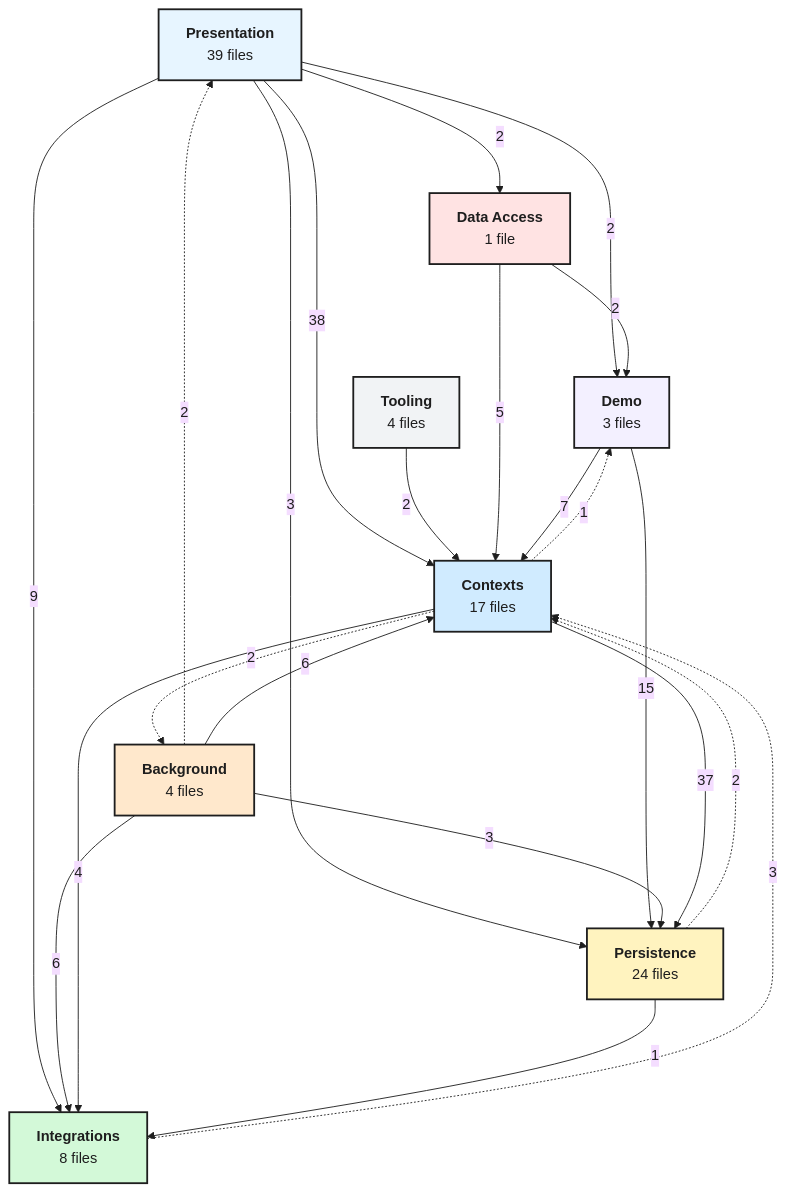
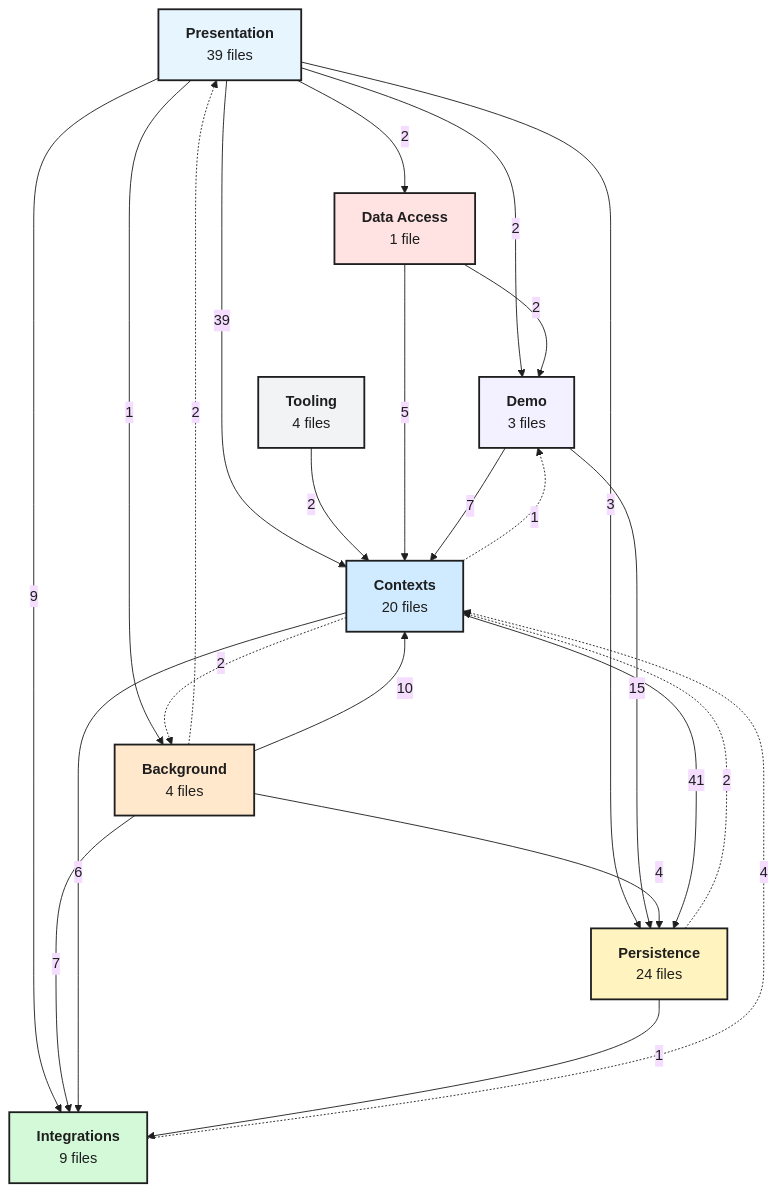
Before and after one commit to sudo-adduser-jordan/tripwire: the second of 2 diagrams in docs/architecture.md, drawn with Mermaid. The commit also changed other lines of this file and 28 other files, not shown here.

````diff
--- a/docs/architecture.md
+++ b/docs/architecture.md
@@ -70,41 +74,42 @@
 ```mermaid
 %%{init: {"theme": "base", "flowchart": {"curve": "basis", "nodeSpacing": 60, "rankSpacing": 100, "wrappingWidth": 200}, "themeVariables": {"fontFamily": "sans-serif", "lineColor": "#1e1e1e", "primaryTextColor": "#1e1e1e"}}}%%
 flowchart TD
   presentation["<b>Presentation</b><br/>39 files"]:::blue
   tooling["<b>Tooling</b><br/>4 files"]:::gray
   data_access["<b>Data Access</b><br/>1 file"]:::rose
   demo["<b>Demo</b><br/>3 files"]:::violet
   background["<b>Background</b><br/>4 files"]:::orange
-  contexts["<b>Contexts</b><br/>17 files"]:::cyan
+  contexts["<b>Contexts</b><br/>20 files"]:::cyan
   persistence["<b>Persistence</b><br/>24 files"]:::yellow
-  integrations["<b>Integrations</b><br/>8 files"]:::green
+  integrations["<b>Integrations</b><br/>9 files"]:::green
   presentation -->|2| data_access
   presentation -->|2| demo
-  presentation -->|38| contexts
+  presentation -->|1| background
+  presentation -->|39| contexts
   presentation -->|3| persistence
   presentation -->|9| integrations
   tooling -->|2| contexts
   data_access -->|2| demo
   data_access -->|5| contexts
   demo -->|7| contexts
   demo -->|15| persistence
   background -.->|2| presentation
-  background -->|6| contexts
-  background -->|3| persistence
-  background -->|6| integrations
+  background -->|10| contexts
+  background -->|4| persistence
+  background -->|7| integrations
   contexts -.->|1| demo
   contexts -.->|2| background
-  contexts -->|37| persistence
-  contexts -->|4| integrations
+  contexts -->|41| persistence
+  contexts -->|6| integrations
   persistence -.->|2| contexts
   persistence -->|1| integrations
-  integrations -.->|3| contexts
+  integrations -.->|4| contexts
   classDef blue fill:#e7f5ff,stroke:#1e1e1e,stroke-width:2px,color:#1e1e1e
   classDef gray fill:#f1f3f5,stroke:#1e1e1e,stroke-width:2px,color:#1e1e1e
   classDef rose fill:#ffe3e3,stroke:#1e1e1e,stroke-width:2px,color:#1e1e1e
   classDef violet fill:#f3f0ff,stroke:#1e1e1e,stroke-width:2px,color:#1e1e1e
   classDef orange fill:#ffe8cc,stroke:#1e1e1e,stroke-width:2px,color:#1e1e1e
   classDef cyan fill:#d0ebff,stroke:#1e1e1e,stroke-width:2px,color:#1e1e1e
   classDef yellow fill:#fff3bf,stroke:#1e1e1e,stroke-width:2px,color:#1e1e1e
   classDef green fill:#d3f9d8,stroke:#1e1e1e,stroke-width:2px,color:#1e1e1e
 ```
````
